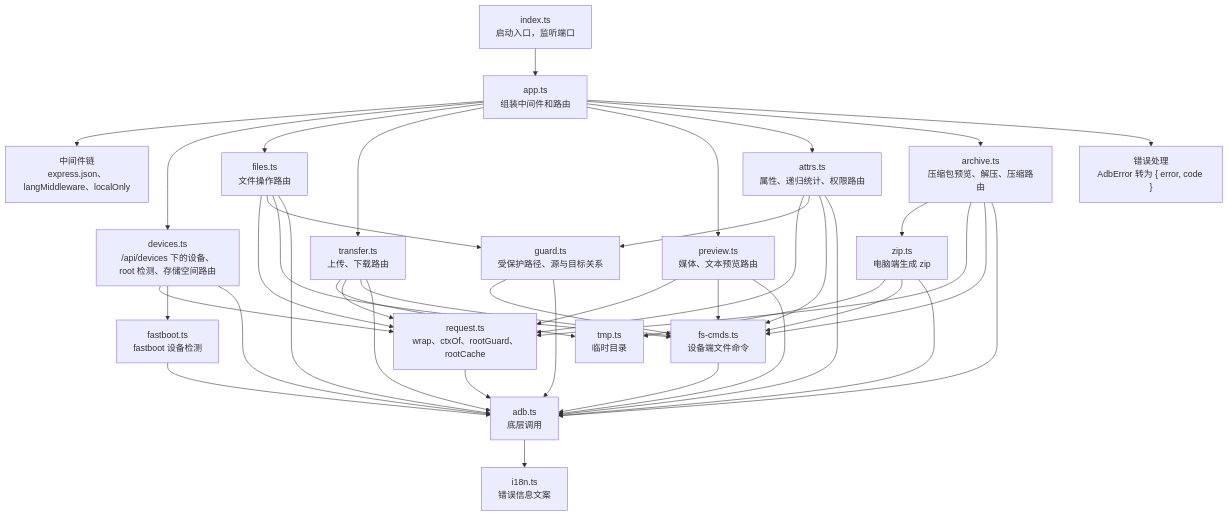
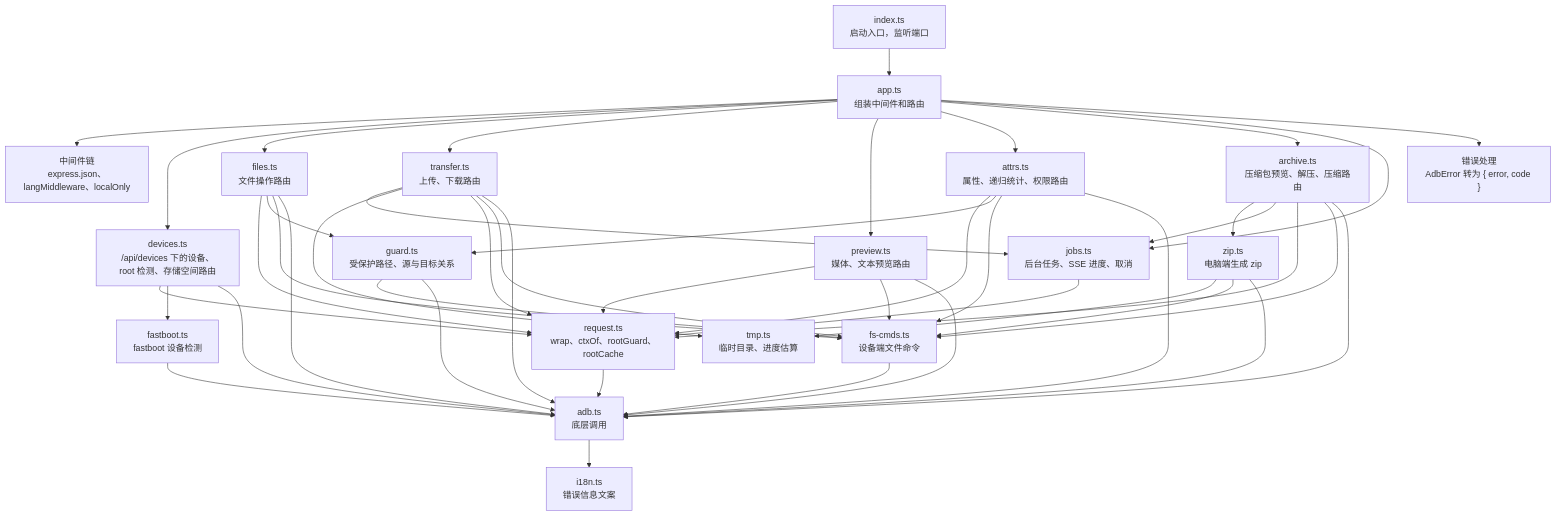
One commit to wynnyu/adb-file-manager changed the third of 13 diagrams in docs/architecture.md. Above: the diagram before and after it, drawn with Mermaid. The commit also changed other lines of this file and 6 other files, not shown here.

Commit message:
Document jobs, SSE progress and cancelable downloads

````diff
--- a/docs/architecture.md
+++ b/docs/architecture.md
@@ -68,21 +68,23 @@
 ```mermaid
 flowchart TB
   index["index.ts<br/>启动入口，监听端口"] --> app["app.ts<br/>组装中间件和路由"]
   app --> mw["中间件链<br/>express.json、langMiddleware、localOnly"]
   app --> devices["devices.ts<br/>/api/devices 下的设备、root 检测、存储空间路由"]
   app --> files["files.ts<br/>文件操作路由"]
   app --> transfer["transfer.ts<br/>上传、下载路由"]
   app --> preview["preview.ts<br/>媒体、文本预览路由"]
   app --> attrs["attrs.ts<br/>属性、递归统计、权限路由"]
   app --> archive["archive.ts<br/>压缩包预览、解压、压缩路由"]
+  app --> jobs["jobs.ts<br/>后台任务、SSE 进度、取消"]
   archive --> zip["zip.ts<br/>电脑端生成 zip"]
-  zip & transfer --> tmp["tmp.ts<br/>临时目录"]
+  archive & transfer --> jobs
+  zip & transfer --> tmp["tmp.ts<br/>临时目录、进度估算"]
   app --> errh["错误处理<br/>AdbError 转为 { error, code }"]
-  files & transfer & preview & attrs & archive & devices --> request["request.ts<br/>wrap、ctxOf、rootGuard、rootCache"]
+  files & transfer & preview & attrs & archive & devices & jobs --> request["request.ts<br/>wrap、ctxOf、rootGuard、rootCache"]
   files & attrs --> guard["guard.ts<br/>受保护路径、源与目标关系"]
   files & transfer & preview & attrs & archive & zip & guard --> fscmds["fs-cmds.ts<br/>设备端文件命令"]
   devices --> fastboot["fastboot.ts<br/>fastboot 设备检测"]
   fastboot --> adb
   fscmds & devices & request & guard & files & transfer & preview & attrs & archive & zip --> adb["adb.ts<br/>底层调用"]
   adb --> i18n["i18n.ts<br/>错误信息文案"]
 ```
````
